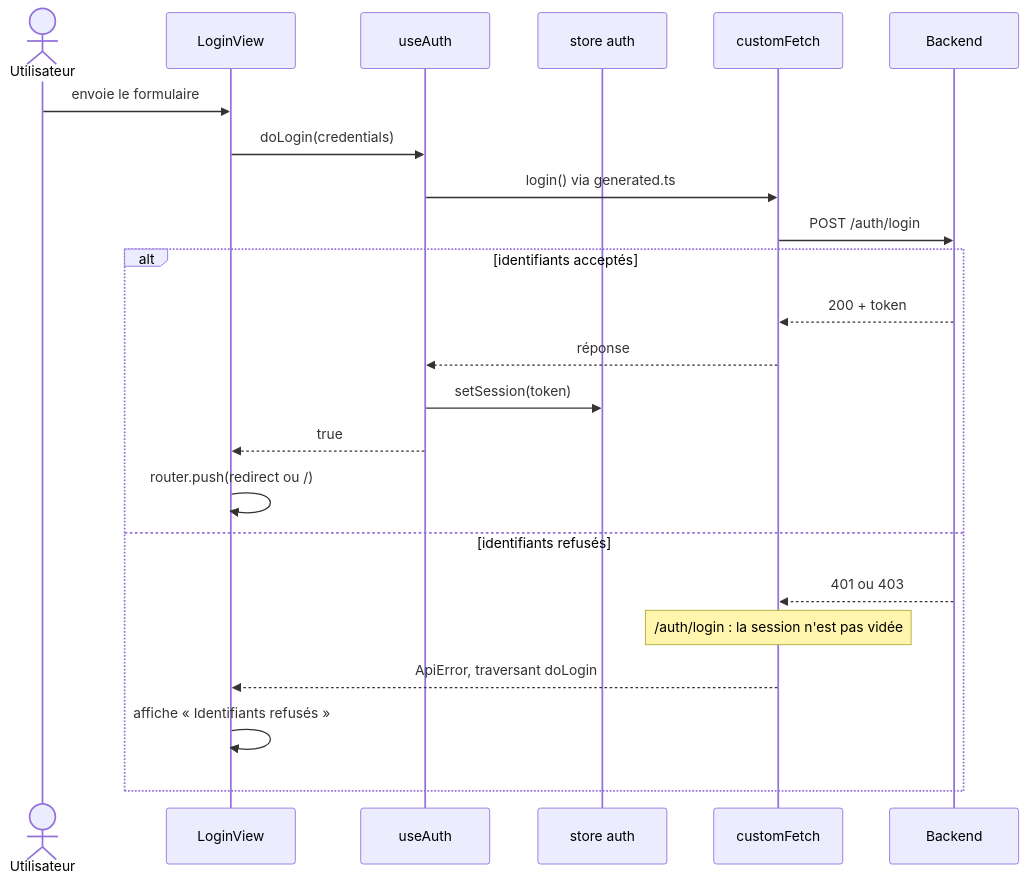
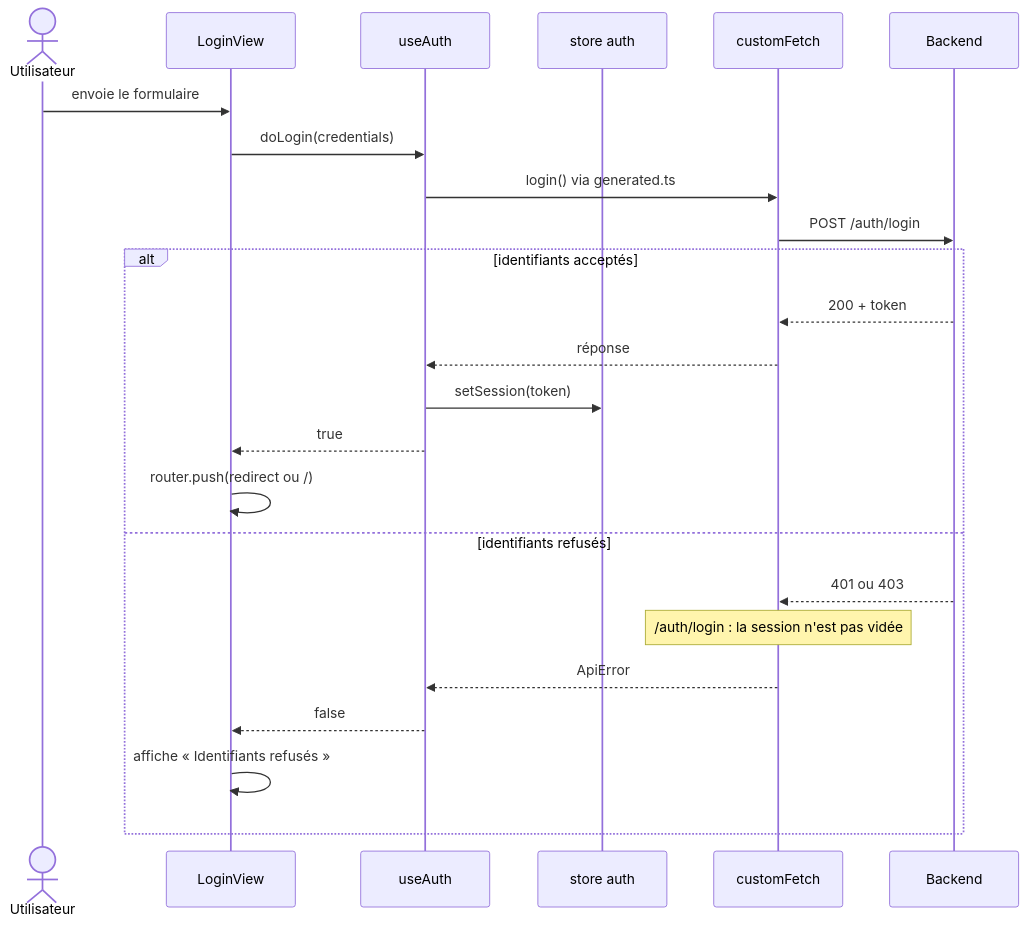
Diagram 11 of 16 in docs/dependances.md (brieuc/dailyvue), drawn with Mermaid before and after one commit. The commit also changed other lines of this file and 30 other files, not shown here.

````diff
--- a/docs/dependances.md
+++ b/docs/dependances.md
@@ -286,26 +291,27 @@
 ```mermaid
 sequenceDiagram
     actor U as Utilisateur
     participant L as LoginView
     participant A as useAuth
     participant S as store auth
     participant F as customFetch
     participant B as Backend
 
     U->>L: envoie le formulaire
     L->>A: doLogin(credentials)
     A->>F: login() via generated.ts
     F->>B: POST /auth/login
     alt identifiants acceptés
         B-->>F: 200 + token
         F-->>A: réponse
         A->>S: setSession(token)
         A-->>L: true
         L->>L: router.push(redirect ou /)
     else identifiants refusés
         B-->>F: 401 ou 403
         Note over F: /auth/login : la session n'est pas vidée
-        F-->>L: ApiError, traversant doLogin
+        F-->>A: ApiError
+        A-->>L: false
         L->>L: affiche « Identifiants refusés »
     end
 ```
````
